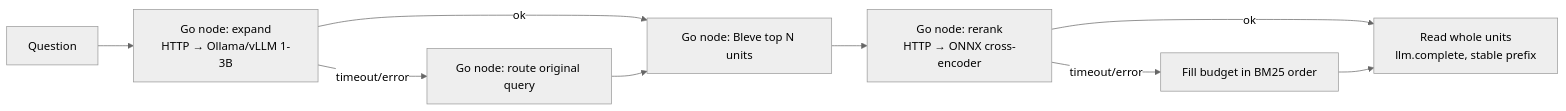
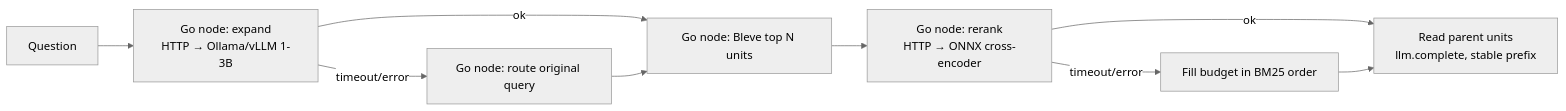
One commit to calionauta/turvez changed the eighth of 8 diagrams in docs/workflows.md. Above: the diagram before and after it, drawn with Mermaid (neutral theme). The commit also changed 10 other files, not shown here.

````diff
--- a/docs/workflows.md
+++ b/docs/workflows.md
@@ -188,11 +188,11 @@
 ```mermaid
 flowchart LR
     Q["Question"] --> EX["Go node: expand<br/>HTTP → Ollama/vLLM 1-3B"]
     EX -->|"timeout/error"| ORIG["Go node: route original query"]
     EX -->|"ok"| RT["Go node: Bleve top N units"]
     ORIG --> RT
     RT --> RR["Go node: rerank<br/>HTTP → ONNX cross-encoder"]
     RR -->|"timeout/error"| BUD["Fill budget in BM25 order"]
-    RR -->|"ok"| READ["Read whole units<br/>llm.complete, stable prefix"]
+    RR -->|"ok"| READ["Read parent units<br/>llm.complete, stable prefix"]
     BUD --> READ
 ```
````
